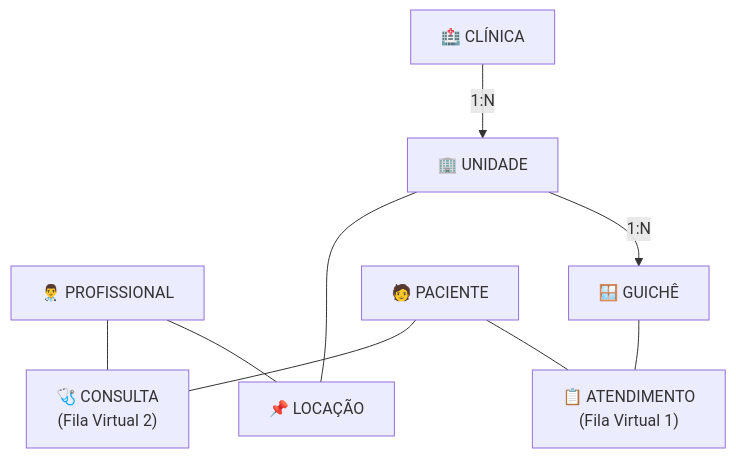
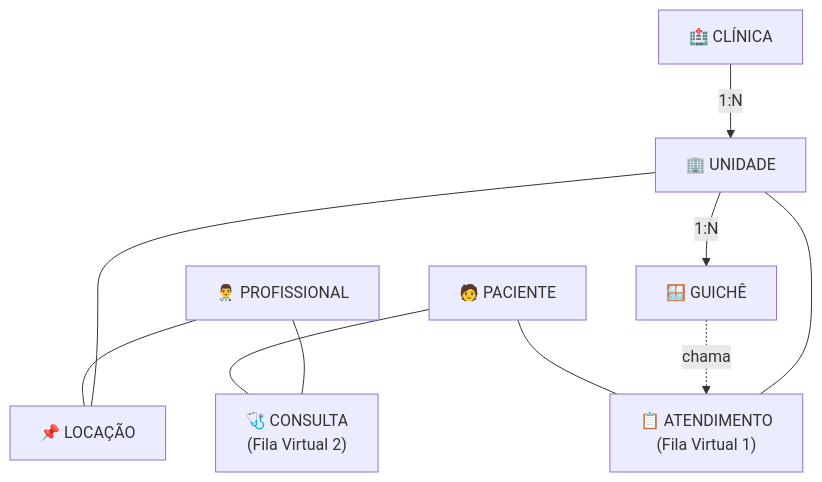
The second of 4 diagrams in entregas/entrega-02.md (aguardai/aguard.ai-web-app), drawn with Mermaid before and after one commit. The commit also changed other lines of this file and 46 other files, not shown here.

````diff
--- a/entregas/entrega-02.md
+++ b/entregas/entrega-02.md
@@ -136,20 +138,21 @@
 ```mermaid
 graph TD
     CLINICA["🏥 CLÍNICA"]
     UNIDADE["🏢 UNIDADE"]
     PROFISSIONAL["👨‍⚕️ PROFISSIONAL"]
     GUICHE["🪟 GUICHÊ"]
     PACIENTE["🧑 PACIENTE"]
     LOCACAO["📌 LOCAÇÃO"]
     ATENDIMENTO["📋 ATENDIMENTO<br/>(Fila Virtual 1)"]
     CONSULTA["🩺 CONSULTA<br/>(Fila Virtual 2)"]
 
     CLINICA -->|"1:N"| UNIDADE
     UNIDADE -->|"1:N"| GUICHE
     UNIDADE --- LOCACAO
     PROFISSIONAL --- LOCACAO
-    GUICHE --- ATENDIMENTO
+    UNIDADE --- ATENDIMENTO
+    GUICHE -.->|"chama"| ATENDIMENTO
     PACIENTE --- ATENDIMENTO
     PROFISSIONAL --- CONSULTA
     PACIENTE --- CONSULTA
 ```
````
